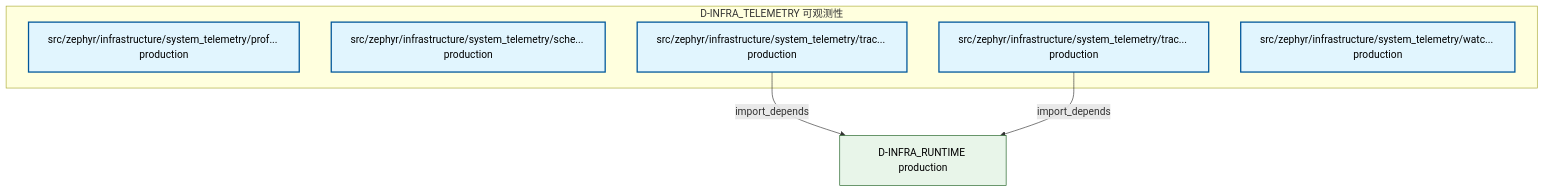
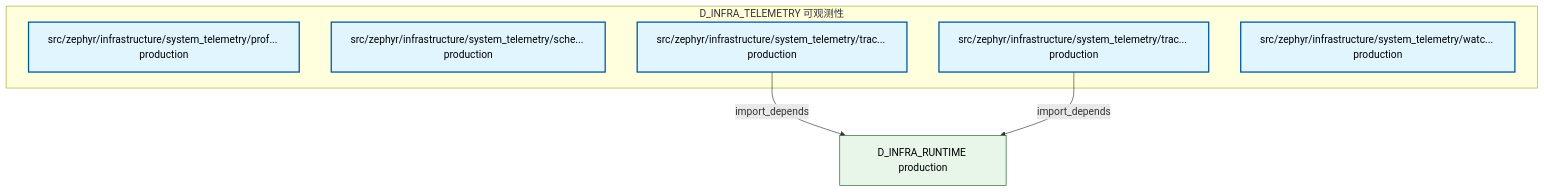
Before and after one commit to xuanFelixVan/ZephyrAlpha: the second of 2 diagrams in docs/02_enterprise_architecture/02_domain_architecture_docs/05_d_infra_telemetry.md, drawn with Mermaid. The commit also changed other lines of this file and 409 other files, not shown here.

````diff
--- a/docs/02_enterprise_architecture/02_domain_architecture_docs/05_d_infra_telemetry.md
+++ b/docs/02_enterprise_architecture/02_domain_architecture_docs/05_d_infra_telemetry.md
@@ -124,19 +124,19 @@
 ```mermaid
 graph TD
-    subgraph D_INFRA_TELEMETRY["D-INFRA_TELEMETRY 可观测性"]
+    subgraph D_INFRA_TELEMETRY["D_INFRA_TELEMETRY 可观测性"]
         src_zephyr_infrastructure_system_telemetry_profiles_init_py["src/zephyr/infrastructure/system_telemetry/prof... production"]
         src_zephyr_infrastructure_system_telemetry_schema_init_py["src/zephyr/infrastructure/system_telemetry/sche... production"]
         src_zephyr_infrastructure_system_telemetry_traces_init_py["src/zephyr/infrastructure/system_telemetry/trac... production"]
         src_zephyr_infrastructure_system_telemetry_traces_span_stub_py["src/zephyr/infrastructure/system_telemetry/trac... production"]
         src_zephyr_infrastructure_system_telemetry_watchdog_py["src/zephyr/infrastructure/system_telemetry/watc... production"]
     end
-    D_INFRA_RUNTIME["D-INFRA_RUNTIME production"]
+    D_INFRA_RUNTIME["D_INFRA_RUNTIME production"]
     src_zephyr_infrastructure_system_telemetry_traces_init_py -->|import_depends| D_INFRA_RUNTIME
     src_zephyr_infrastructure_system_telemetry_traces_span_stub_py -->|import_depends| D_INFRA_RUNTIME
     classDef production fill:#e1f5fe,stroke:#01579b,stroke-width:2px,color:#000
     classDef design fill:#fff3e0,stroke:#e65100,stroke-width:2px,color:#000,stroke-dasharray: 5 5
     classDef external_prod fill:#e8f5e9,stroke:#1b5e20,stroke-width:1px,color:#000
     classDef external_design fill:#fce4ec,stroke:#880e4f,stroke-width:1px,color:#000,stroke-dasharray: 5 5
     class src_zephyr_infrastructure_system_telemetry_profiles_init_py,src_zephyr_infrastructure_system_telemetry_schema_init_py,src_zephyr_infrastructure_system_telemetry_traces_init_py,src_zephyr_infrastructure_system_telemetry_traces_span_stub_py,src_zephyr_infrastructure_system_telemetry_watchdog_py production
     class D_INFRA_RUNTIME external_prod
 ```
````
